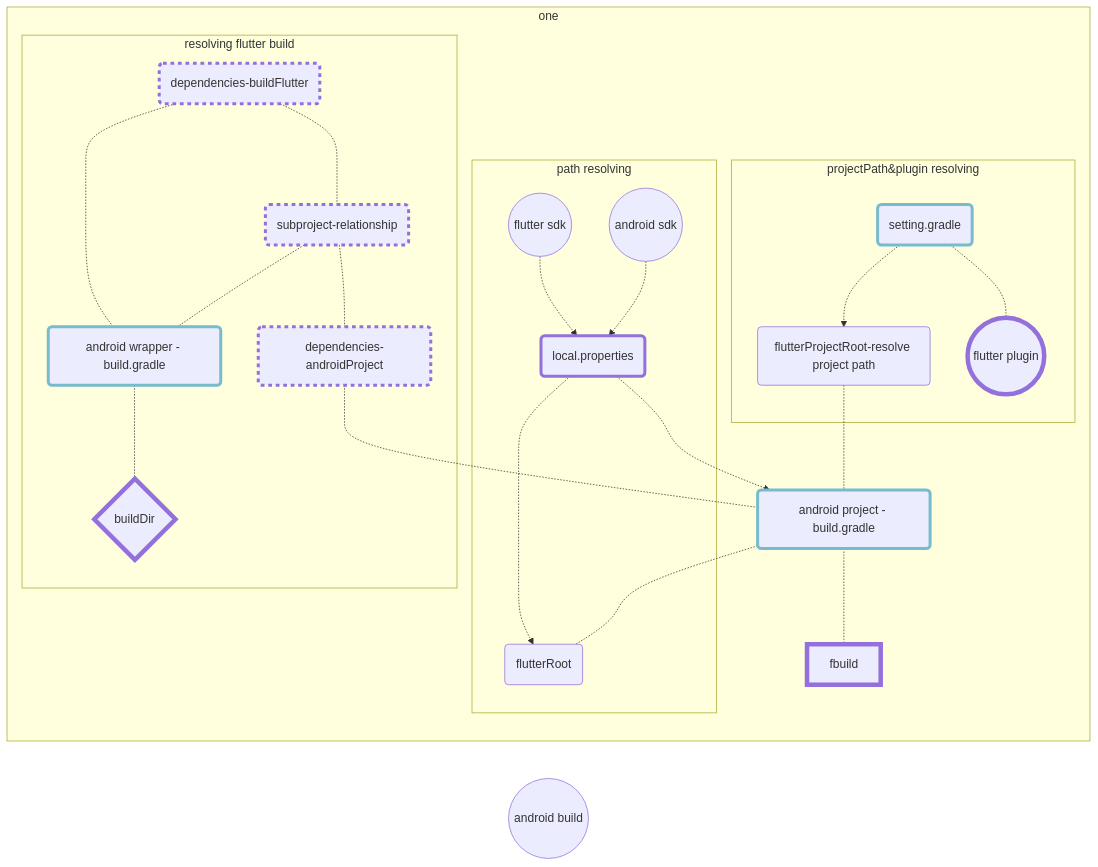
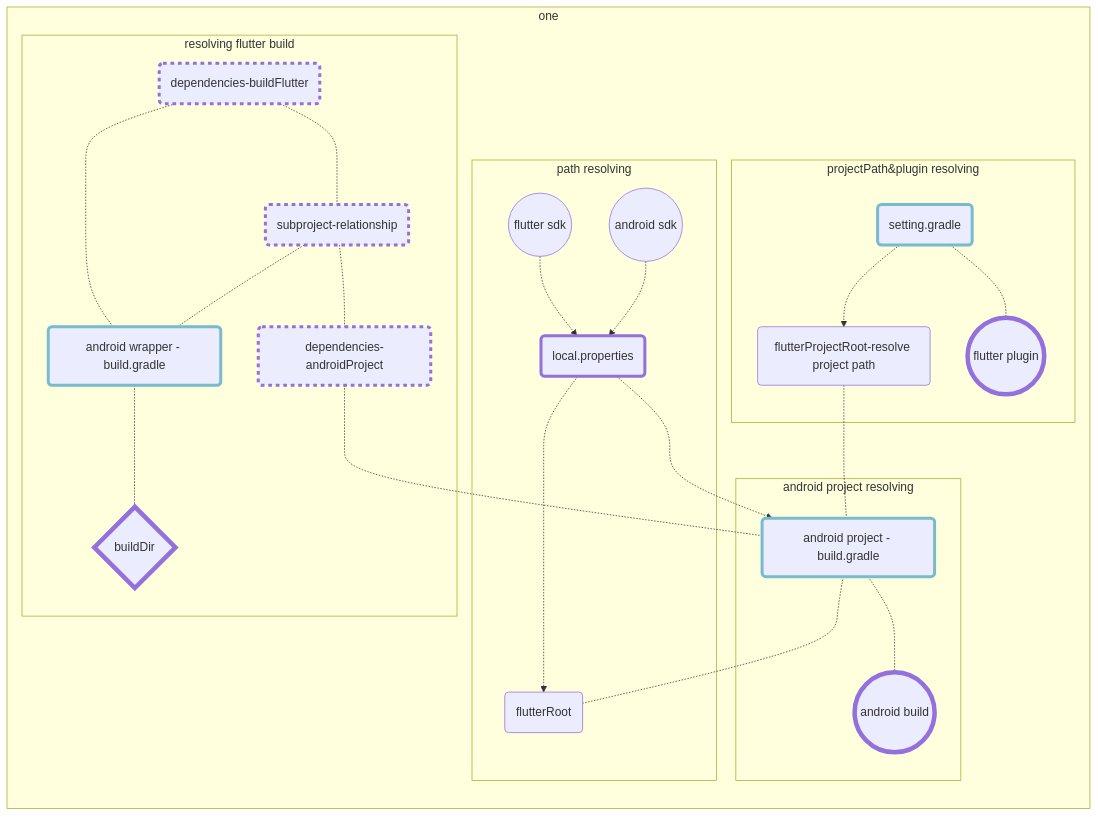
One commit to gordianknotC/nxp_note changed the first of 2 diagrams in flutter/addAndroidProjIntoFlutter.md. Above: the diagram before and after it, drawn with Mermaid. The commit also changed other lines of this file, not shown here.

Commit message:
flutter/addAndroidProjIntoFlutter.md updated from https://stackedit.io/

````diff
--- a/flutter/addAndroidProjIntoFlutter.md
+++ b/flutter/addAndroidProjIntoFlutter.md
@@ -229,67 +229,69 @@
 ```mermaid
 graph LR
 	fdk((flutter sdk))
 	adk((android sdk))
 	
 	dfb{buildDir}
 	abuild((android build))
 	fpgn((flutter plugin))
-	style fbuild stroke-width:6px   
+	style abuild stroke-width:6px   
 	style fpgn stroke-width:6px 
 	style dfb stroke-width:6px 
 	
 	loc(local.properties)
 	style loc stroke-width:4px   
 	
 	set(setting.gradle)
 	b1(android wrapper - build.gradle)
 	b2(android project - build.gradle)
 	style b1 stroke-width:4px, stroke:#7bc
 	style b2 stroke-width:4px, stroke:#7bc
 	style set stroke-width:4px, stroke:#7bc
 
 	dfr(flutterRoot)
 	dfp(flutterProjectRoot-resolve project path)
 	
 	
 	dandroid(dependencies-androidProject)
 	dflutter(dependencies-buildFlutter)
 	dsub(subproject-relationship)
 	style dandroid stroke-width:4px, stroke-dasharray: 5
 	style dflutter stroke-width:4px, stroke-dasharray: 5
 	style dsub stroke-width:4px, stroke-dasharray: 5
 	
 	
 subgraph one
 	subgraph path resolving
 		fdk -.-> loc
 		adk -.-> loc
 		loc -.-> dfr
 	end
 
 	loc -.-> b2
-	b2 -.- fbuild
+	subgraph android project resolving
+		b2 -.- abuild
+	end
 	b2 -.- dfr
 	dfp -.- b2
 	subgraph projectPath&plugin resolving
 		set-.->dfp
 		set -.- fpgn
 	end
 	dandroid -.- b2
 	subgraph resolving flutter build
 		b1 -.- dfb
 		
 		dflutter -.- b1
 		dsub -.- b1
 		dflutter -.- dsub
 		dsub-.- dandroid
 	end
 	
 	
 	
 end
 
 
 	
 
 ```
````
